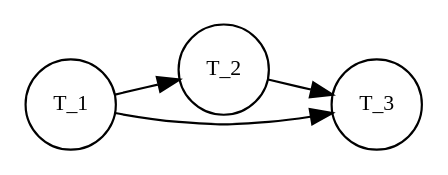
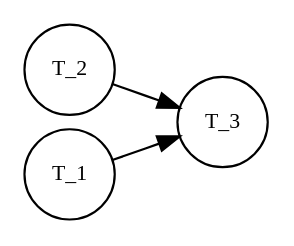
The diagram in Transaktionssysteme/Uebung/uebung05/graph_2_b_3.dot (Occams/WS11-12), drawn with Graphviz before and after one commit. The commit also changed 8 other files, not shown here.

```diff
--- a/Transaktionssysteme/Uebung/uebung05/graph_2_b_3.dot
+++ b/Transaktionssysteme/Uebung/uebung05/graph_2_b_3.dot
@@ -1,6 +1,6 @@
 digraph G {
 	graph [ranksep=0.4, nodesep=0.1,rankdir=LR]
  	 node [shape=circle,fontsize=10];
-	"T_1" -> "T_2" -> "T_3"
+	"T_2" -> "T_3"
 	"T_1" -> "T_3"
 }
```
